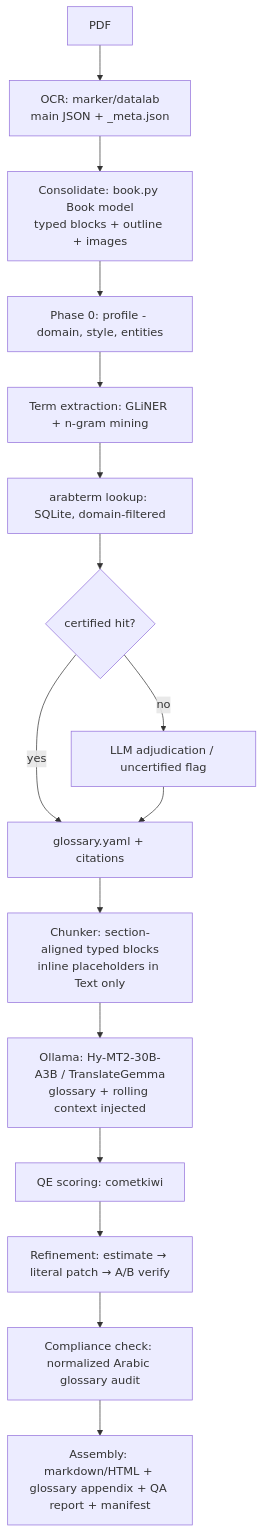
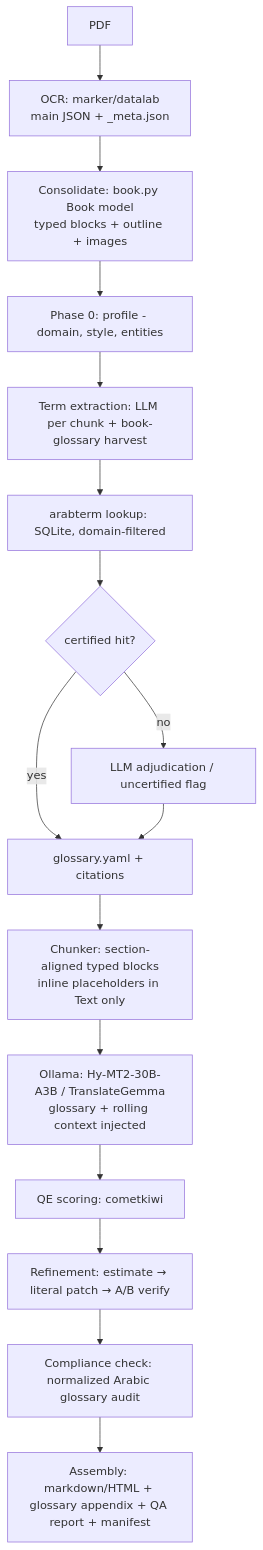
Before and after one commit to ahmgam/book-harness: the diagram in README.md, drawn with Mermaid. The commit also changed other lines of this file and 25 other files, not shown here.

````diff
--- a/README.md
+++ b/README.md
@@ -27,18 +27,18 @@
 ```mermaid
 flowchart TD
     A[PDF] --> O[OCR: marker/datalab<br/>main JSON + _meta.json]
     O --> B[Consolidate: book.py Book model<br/>typed blocks + outline + images]
     B --> P[Phase 0: profile - domain, style, entities]
-    P --> C[Term extraction: GLiNER + n-gram mining]
+    P --> C[Term extraction: LLM per chunk + book-glossary harvest]
     C --> D[arabterm lookup: SQLite, domain-filtered]
     D --> E{certified hit?}
     E -- yes --> F[glossary.yaml + citations]
     E -- no --> G[LLM adjudication / uncertified flag]
     G --> F
     F --> H[Chunker: section-aligned typed blocks<br/>inline placeholders in Text only]
     H --> I[Ollama: Hy-MT2-30B-A3B / TranslateGemma<br/>glossary + rolling context injected]
     I --> J[QE scoring: cometkiwi]
     J --> K[Refinement: estimate → literal patch → A/B verify]
     K --> L[Compliance check: normalized Arabic glossary audit]
     L --> M[Assembly: markdown/HTML + glossary appendix + QA report + manifest]
 ```
````
